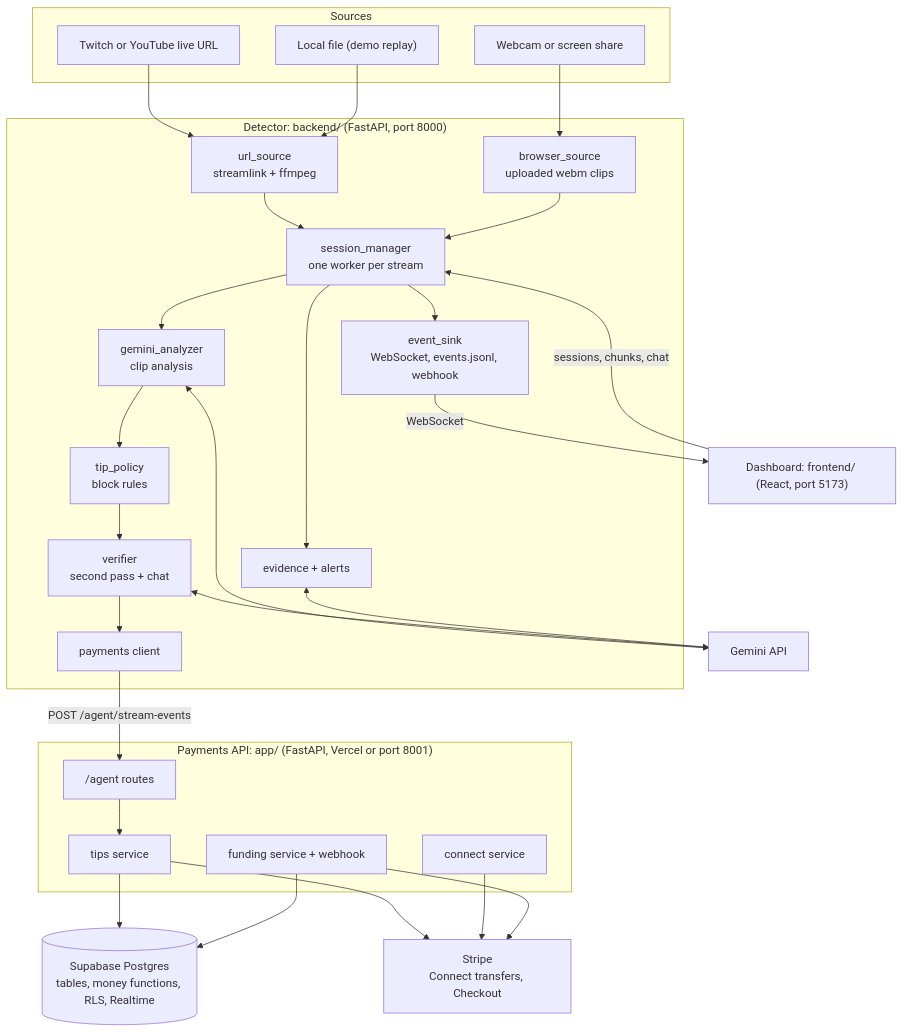
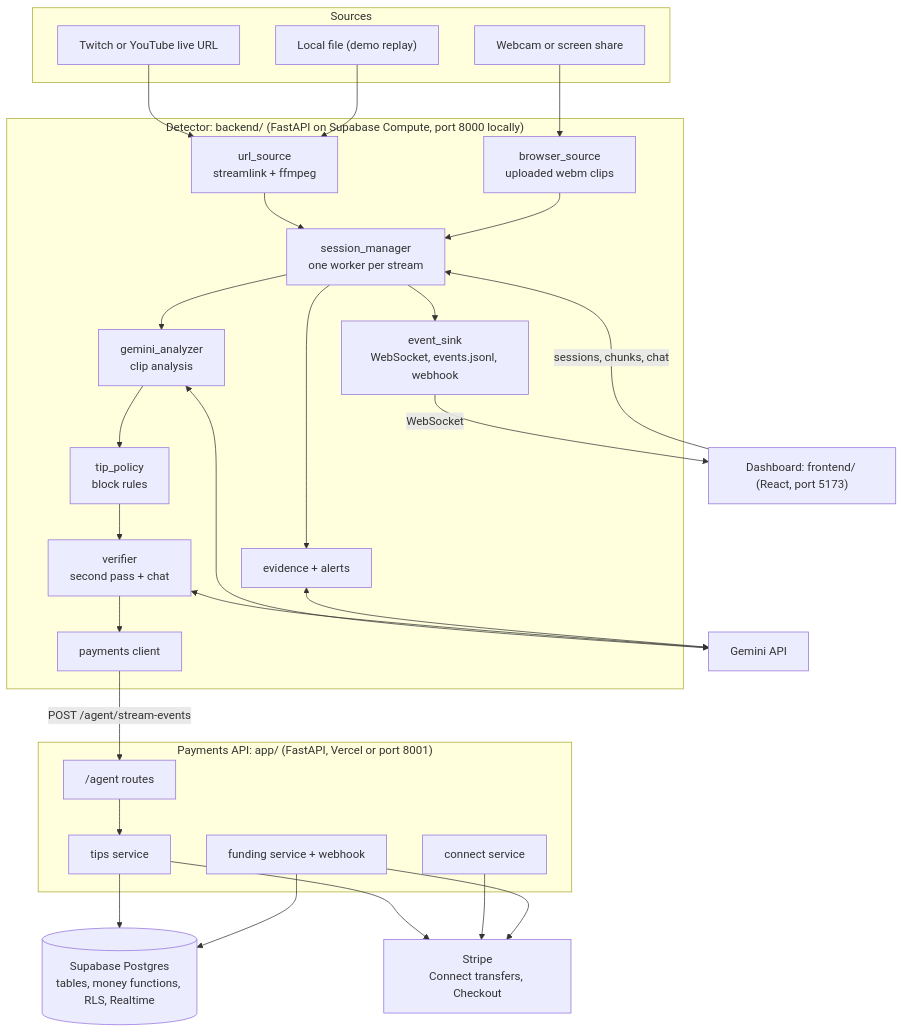
Before and after one commit to suparade/Suparade-Stripe-Wallet-and-Supabase: the first of 3 diagrams in docs/ARCHITECTURE.md, drawn with Mermaid. The commit also changed other lines of this file and 33 other files, not shown here.

First line of the commit message:
Run the detector, an MCP server and a stream overlay on Supabase Compute (#4)

````diff
--- a/docs/ARCHITECTURE.md
+++ b/docs/ARCHITECTURE.md
@@ -7,52 +7,52 @@
 ```mermaid
 flowchart TB
     subgraph Sources
         S1["Twitch or YouTube live URL"]
         S2["Webcam or screen share"]
         S3["Local file (demo replay)"]
     end
 
-    subgraph Detector["Detector: backend/ (FastAPI, port 8000)"]
+    subgraph Detector["Detector: backend/ (FastAPI on Supabase Compute, port 8000 locally)"]
         U["url_source<br>streamlink + ffmpeg"]
         BR["browser_source<br>uploaded webm clips"]
         SM["session_manager<br>one worker per stream"]
         GA["gemini_analyzer<br>clip analysis"]
         TP["tip_policy<br>block rules"]
         VF["verifier<br>second pass + chat"]
         PY["payments client"]
         EV["evidence + alerts"]
         SK["event_sink<br>WebSocket, events.jsonl, webhook"]
     end
 
     subgraph Pay["Payments API: app/ (FastAPI, Vercel or port 8001)"]
         AG["/agent routes"]
         TS["tips service"]
         CN["connect service"]
         FN["funding service + webhook"]
     end
 
     DB[("Supabase Postgres<br>tables, money functions, RLS, Realtime")]
     ST["Stripe<br>Connect transfers, Checkout"]
     DASH["Dashboard: frontend/ (React, port 5173)"]
     GEM["Gemini API"]
 
     S1 --> U
     S3 --> U
     S2 --> BR
     U --> SM
     BR --> SM
     SM --> GA --> TP --> VF --> PY
     GA <--> GEM
     VF <--> GEM
     EV <--> GEM
     PY -->|"POST /agent/stream-events"| AG
     AG --> TS --> DB
     TS --> ST
     CN --> ST
     FN --> ST
     FN --> DB
     SM --> EV
     SM --> SK
     SK -->|"WebSocket"| DASH
     DASH -->|"sessions, chunks, chat"| SM
 ```
````
